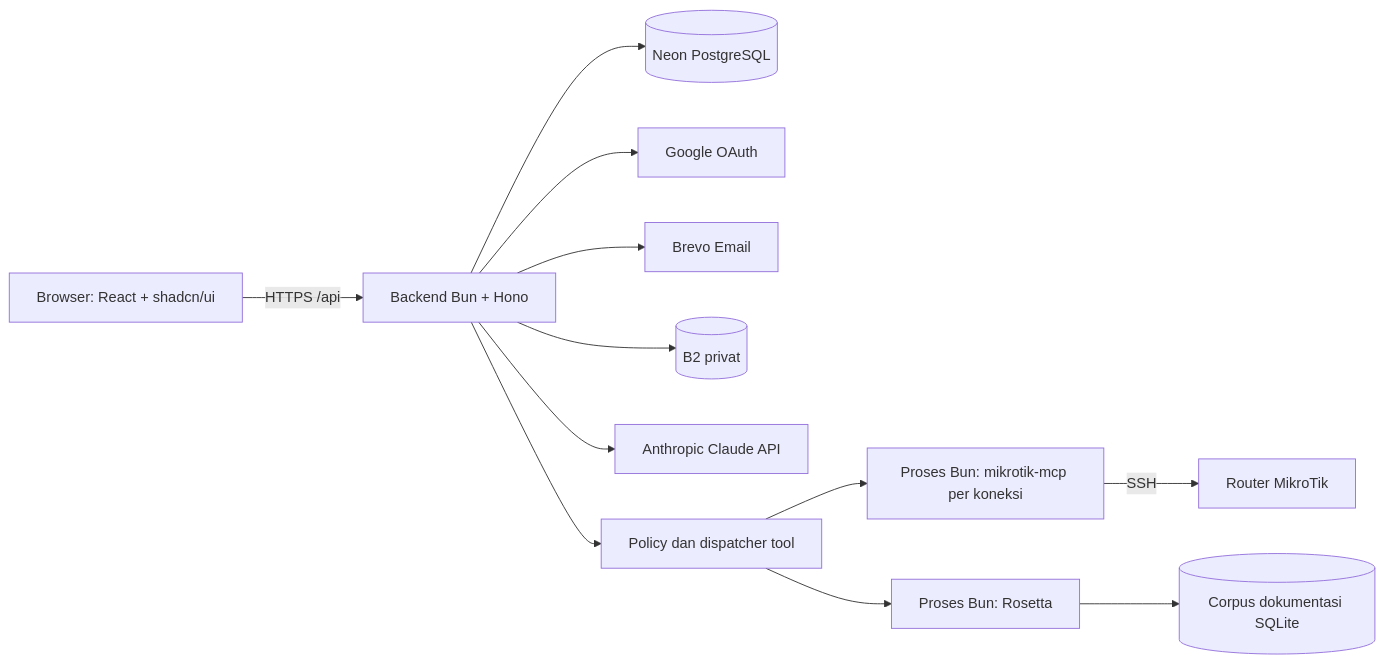
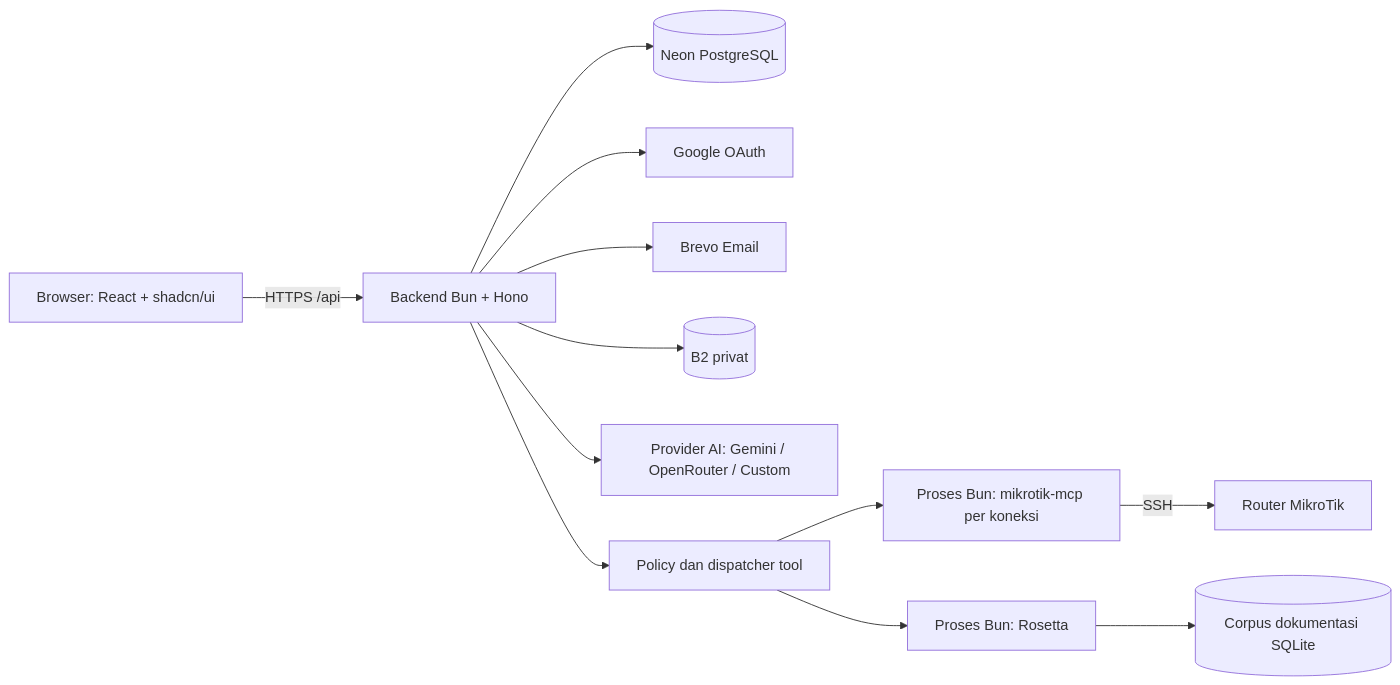
The diagram in plan.md (hidayatdayatd04-jpg/agent-mikrotik), drawn with Mermaid before and after one commit. The commit also changed other lines of this file and 25 other files, not shown here.

````diff
--- a/plan.md
+++ b/plan.md
@@ -60,14 +60,14 @@
 ```mermaid
 flowchart LR
     U[Browser: React + shadcn/ui] -->|HTTPS /api| B[Backend Bun + Hono]
     B --> N[(Neon PostgreSQL)]
     B --> O[Google OAuth]
     B --> E[Brevo Email]
     B --> S[(B2 privat)]
-    B --> A[Anthropic Claude API]
+    B --> A[Provider AI: Gemini / OpenRouter / Custom]
     B --> G[Policy dan dispatcher tool]
     G --> M[Proses Bun: mikrotik-mcp per koneksi]
     G --> R[Proses Bun: Rosetta]
     M -->|SSH| K[Router MikroTik]
     R --> D[(Corpus dokumentasi SQLite)]
 ```
````
